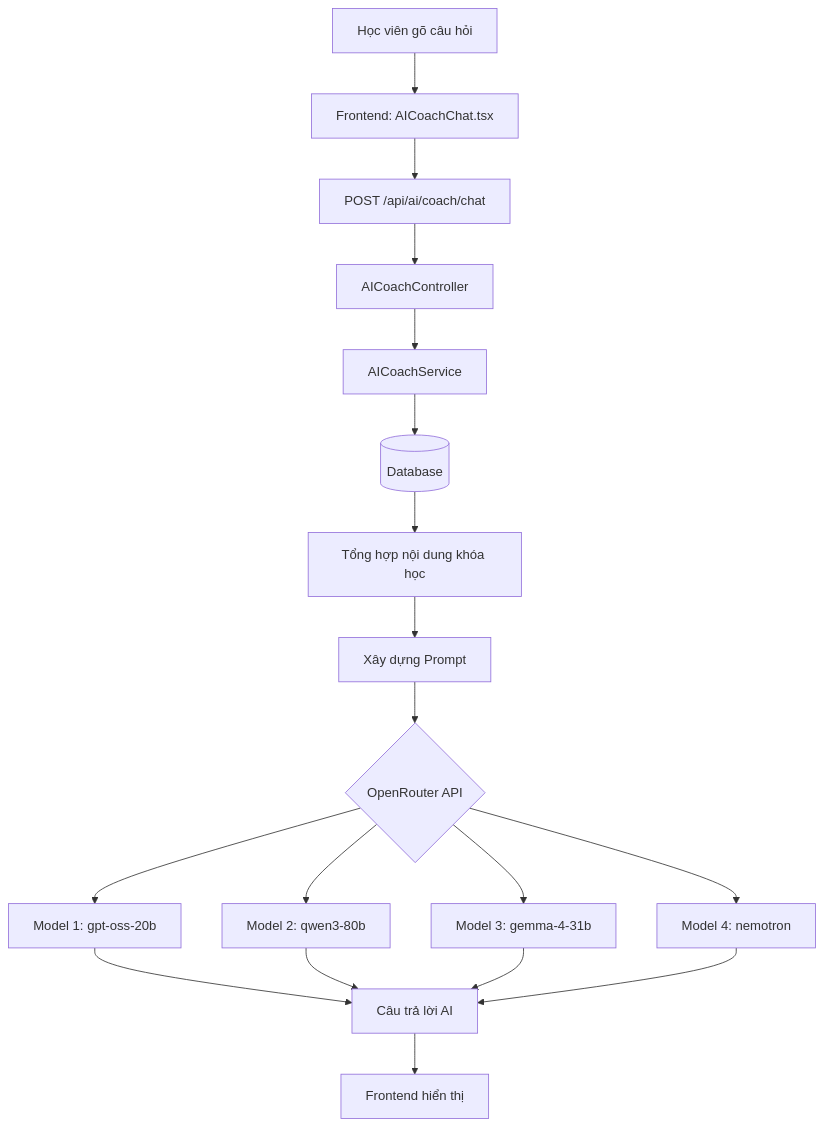
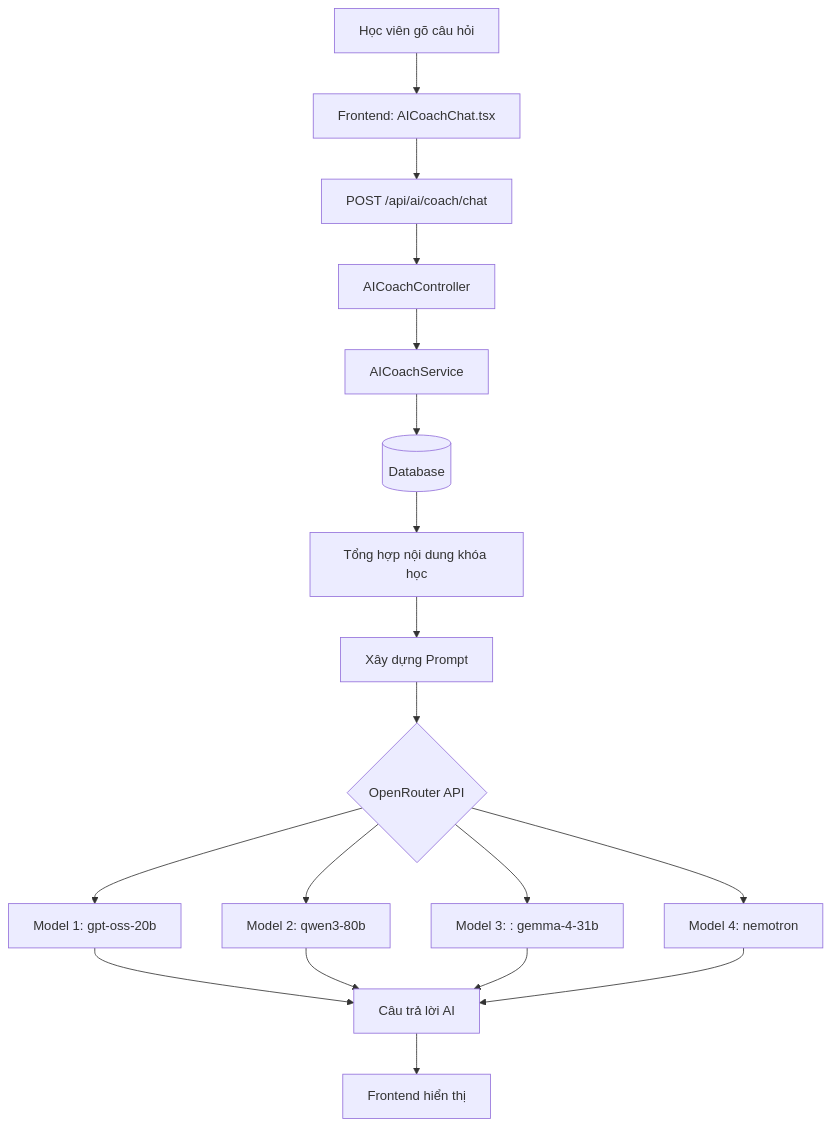
Before and after one commit to SEM4-Edustream/edustream-fe: the diagram in docs/edustream_coach_flow.md, drawn with Mermaid. The commit also changed 4 other files, not shown here.

````diff
--- a/docs/edustream_coach_flow.md
+++ b/docs/edustream_coach_flow.md
@@ -5,17 +5,17 @@
 ```mermaid
 graph TD
     A[Học viên gõ câu hỏi] --> B[Frontend: AICoachChat.tsx]
     B --> C[POST /api/ai/coach/chat]
     C --> D[AICoachController]
     D --> E[AICoachService]
     E --> F[(Database)]
     F --> G[Tổng hợp nội dung khóa học]
     G --> H[Xây dựng Prompt]
     H --> I{OpenRouter API}
     I --> J[Model 1: gpt-oss-20b]
     I --> K[Model 2: qwen3-80b]
-    I --> L[Model 3: gemma-4-31b]
+    I --> L[Model 3: : gemma-4-31b]
     I --> M[Model 4: nemotron]
     J & K & L & M --> N[Câu trả lời AI]
     N --> O[Frontend hiển thị]
 ```
````
